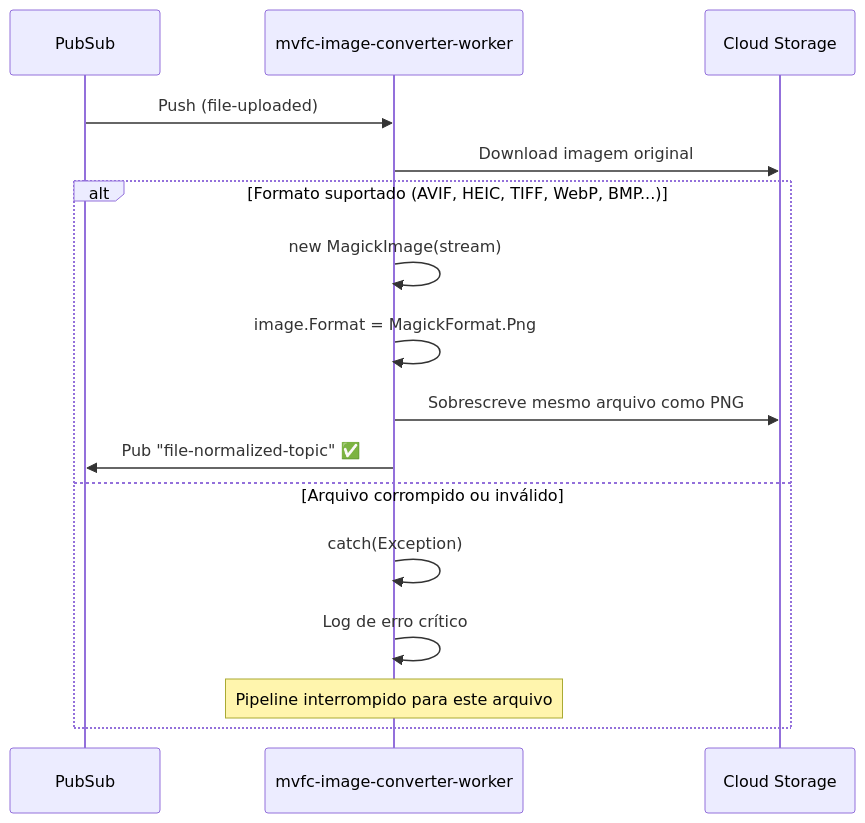
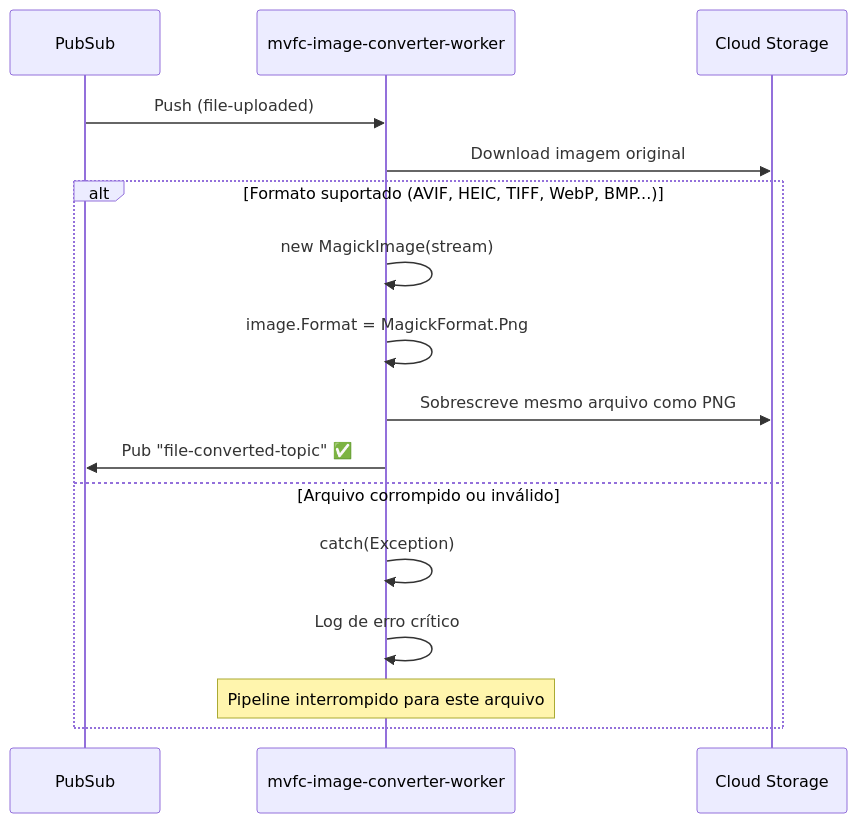
Before and after one commit to Marcus-V-Freitas/MVFC.ImageProcessing: the fourth of 5 diagrams in README.pt-BR.md, drawn with Mermaid. The commit also changed other lines of this file and 59 other files, not shown here.

First line of the commit message:
refactor(core): adopt Clean Architecture, CQRS, and optimize Docker build caching

````diff
--- a/README.pt-BR.md
+++ b/README.pt-BR.md
@@ -205,20 +205,20 @@
 ```mermaid
 sequenceDiagram
     participant PS as PubSub
     participant CONV as mvfc-image-converter-worker
     participant GCS as Cloud Storage
 
     PS->>CONV: Push (file-uploaded)
     CONV->>GCS: Download imagem original
     
     alt Formato suportado (AVIF, HEIC, TIFF, WebP, BMP...)
         CONV->>CONV: new MagickImage(stream)
         CONV->>CONV: image.Format = MagickFormat.Png
         CONV->>GCS: Sobrescreve mesmo arquivo como PNG
-        CONV->>PS: Pub "file-normalized-topic" ✅
+        CONV->>PS: Pub "file-converted-topic" ✅
     else Arquivo corrompido ou inválido
         CONV->>CONV: catch(Exception)
         CONV->>CONV: Log de erro crítico
         Note over CONV: Pipeline interrompido para este arquivo
     end
 ```
````
